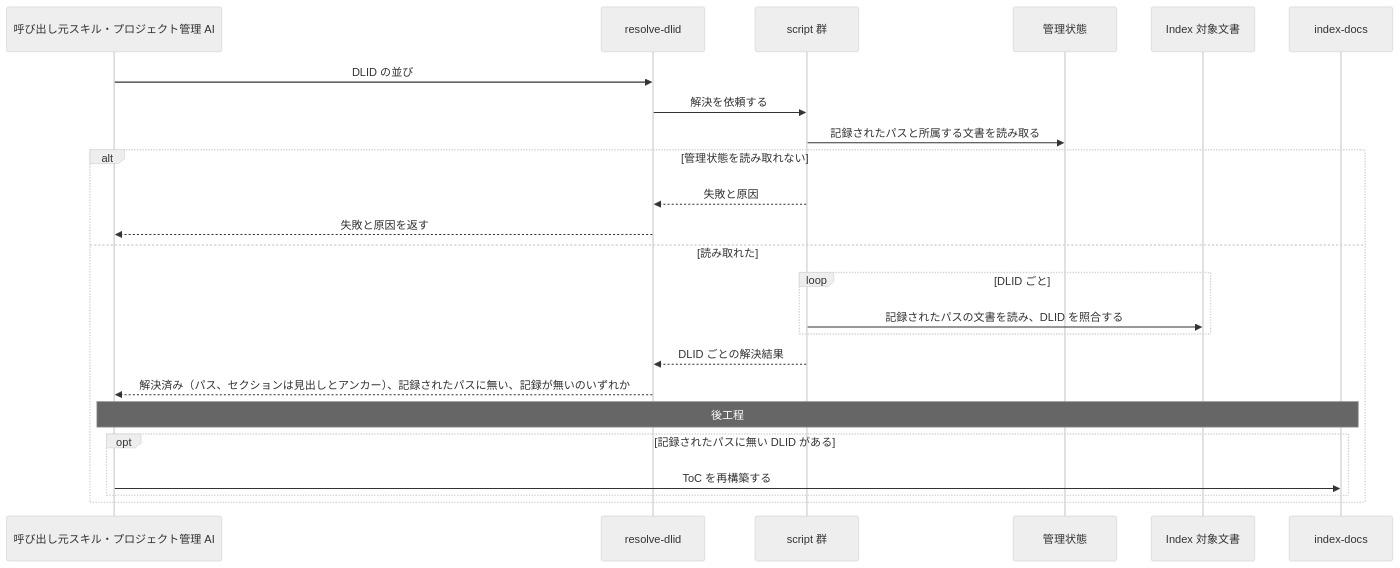
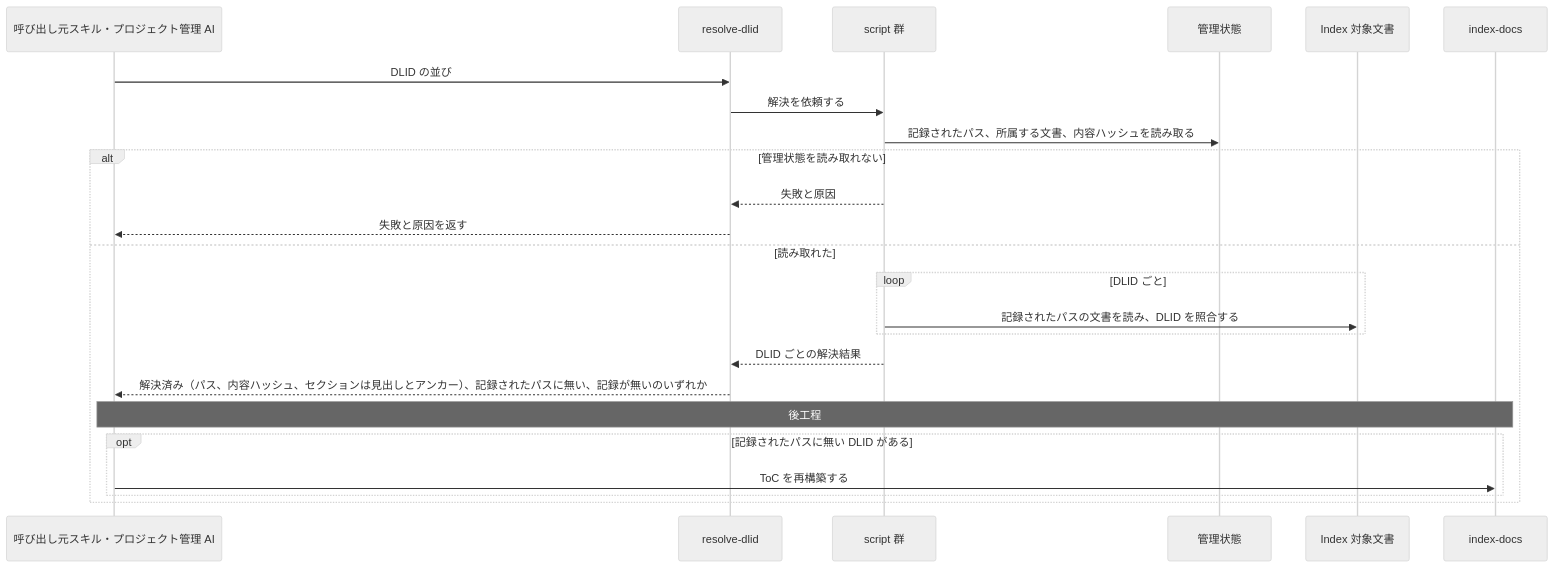
Before and after one commit to BlueEventHorizon/doc-link: the ninth of 9 diagrams in docs/specs/design/DES-010_skill-composition.md, drawn with Mermaid (neutral theme). The commit also changed other lines of this file and 14 other files, not shown here.

````diff
--- a/docs/specs/design/DES-010_skill-composition.md
+++ b/docs/specs/design/DES-010_skill-composition.md
@@ -363,27 +378,27 @@
 ```mermaid
 sequenceDiagram
     participant Caller as 呼び出し元スキル・プロジェクト管理 AI
     participant Skill as resolve-dlid
     participant Scripts as script 群
     participant State as 管理状態
     participant Docs as Index 対象文書
     participant Index as index-docs
 
     Caller->>Skill: DLID の並び
     Skill->>Scripts: 解決を依頼する
-    Scripts->>State: 記録されたパスと所属する文書を読み取る
+    Scripts->>State: 記録されたパス、所属する文書、内容ハッシュを読み取る
     alt 管理状態を読み取れない
         Scripts-->>Skill: 失敗と原因
         Skill-->>Caller: 失敗と原因を返す
     else 読み取れた
         loop DLID ごと
             Scripts->>Docs: 記録されたパスの文書を読み、DLID を照合する
         end
         Scripts-->>Skill: DLID ごとの解決結果
-        Skill-->>Caller: 解決済み（パス、セクションは見出しとアンカー）、記録されたパスに無い、記録が無いのいずれか
+        Skill-->>Caller: 解決済み（パス、内容ハッシュ、セクションは見出しとアンカー）、記録されたパスに無い、記録が無いのいずれか
         Note over Caller,Index: 後工程
         opt 記録されたパスに無い DLID がある
             Caller->>Index: ToC を再構築する
         end
     end
 ```
````
